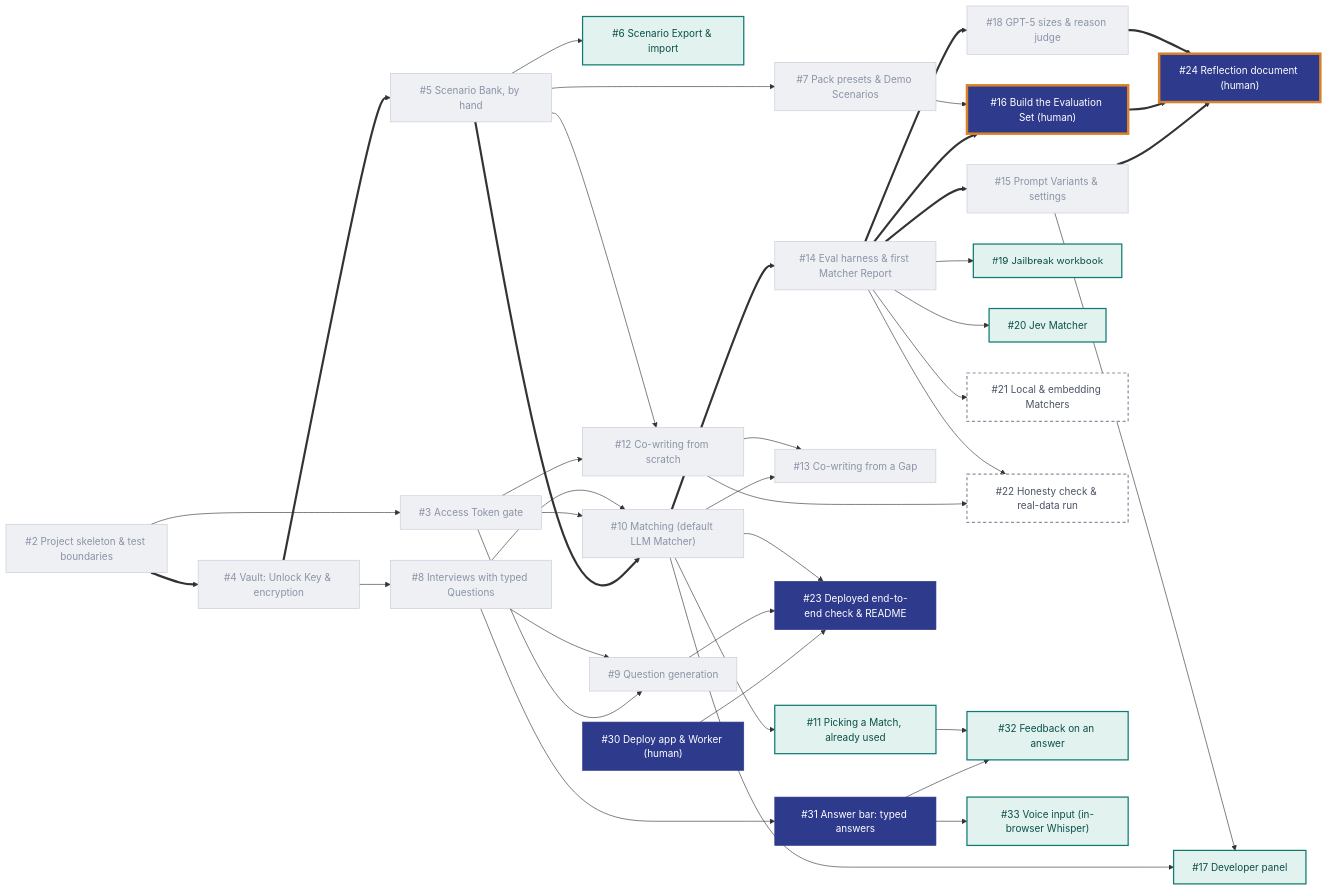
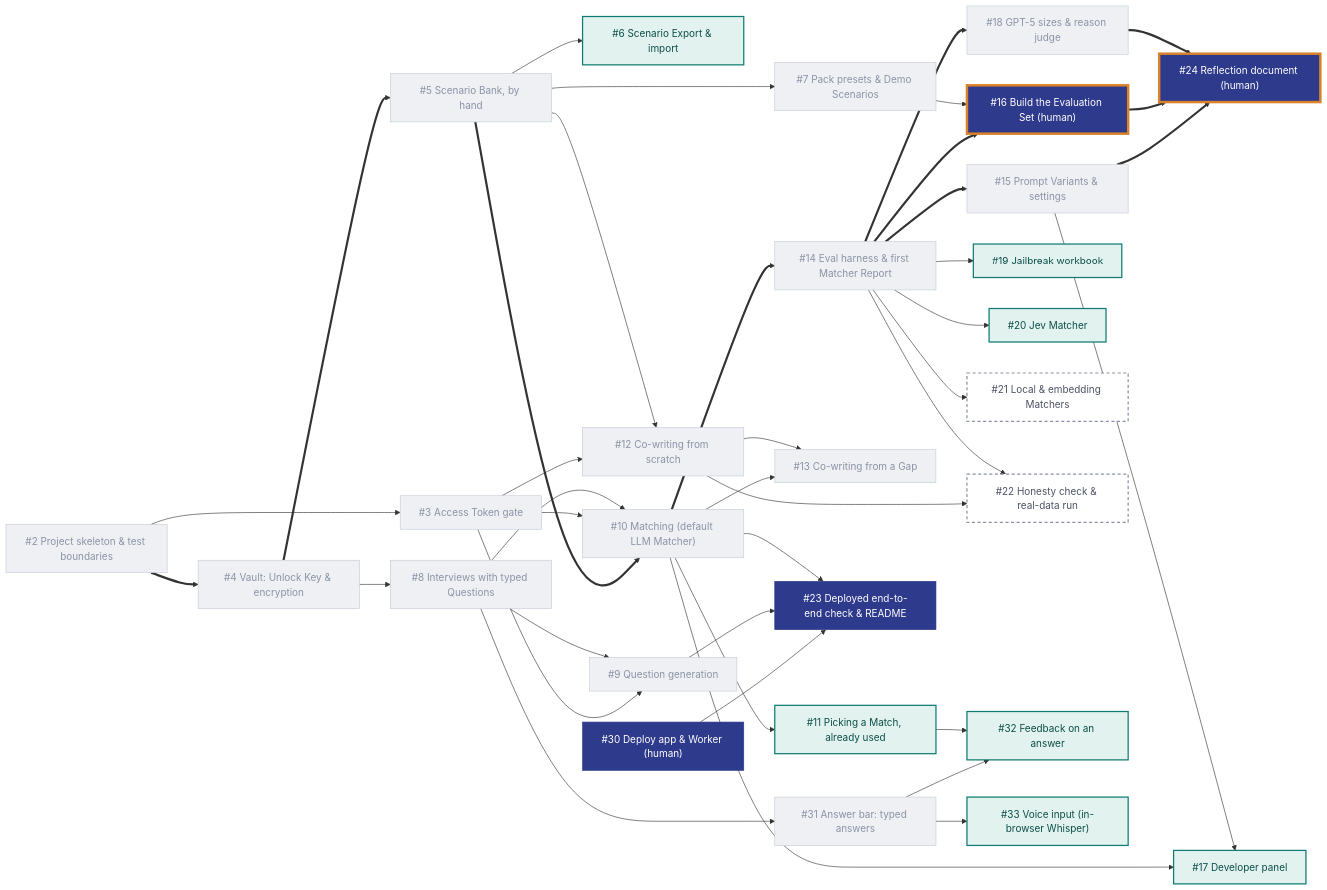
Before and after one commit to DerykHopley/interview-helper: the diagram in README.md, drawn with Mermaid. The commit also changed 9 other files, not shown here.

````diff
--- a/README.md
+++ b/README.md
@@ -13,63 +13,63 @@
 ```mermaid
 flowchart LR
   T2["#2 Project skeleton & test boundaries"]
   T3["#3 Access Token gate"]
   T4["#4 Vault: Unlock Key & encryption"]
   T5["#5 Scenario Bank, by hand"]
   T6["#6 Scenario Export & import"]
   T7["#7 Pack presets & Demo Scenarios"]
   T8["#8 Interviews with typed Questions"]
   T9["#9 Question generation"]
   T10["#10 Matching (default LLM Matcher)"]
   T11["#11 Picking a Match, already used"]
   T12["#12 Co-writing from scratch"]
   T13["#13 Co-writing from a Gap"]
   T14["#14 Eval harness & first Matcher Report"]
   T15["#15 Prompt Variants & settings"]
   T16["#16 Build the Evaluation Set (human)"]
   T17["#17 Developer panel"]
   T18["#18 GPT-5 sizes & reason judge"]
   T19["#19 Jailbreak workbook"]
   T20["#20 Jev Matcher"]
   T21["#21 Local & embedding Matchers"]
   T22["#22 Honesty check & real-data run"]
   T23["#23 Deployed end-to-end check & README"]
   T24["#24 Reflection document (human)"]
   T30["#30 Deploy app & Worker (human)"]
   T31["#31 Answer bar: typed answers"]
   T32["#32 Feedback on an answer"]
   T33["#33 Voice input (in-browser Whisper)"]
 
   %% critical path (thick arrows)
   T2 ==> T4 ==> T5 ==> T10 ==> T14
   T14 ==> T15 ==> T24
   T14 ==> T16 ==> T24
   T14 ==> T18 ==> T24
 
   %% other dependencies
   T2 --> T3
   T3 --> T9 & T10 & T12
   T4 --> T8
   T5 --> T6 & T7 & T12
   T8 --> T9 & T10 & T31
   T10 --> T11 & T13 & T17
   T12 --> T13 & T22
   T7 --> T16
   T14 --> T19 & T20 & T21 & T22
   T15 --> T17
   T31 --> T32 & T33
   T11 --> T32
   T30 & T9 & T10 --> T23
 
   classDef done fill:#EEF0F4,color:#8A93A6,stroke:#C5CAD6,stroke-width:1px
   classDef must fill:#2E3A8C,color:#fff,stroke:#2E3A8C
   classDef mustcrit fill:#2E3A8C,color:#fff,stroke:#D9822B,stroke-width:4px
   classDef should fill:#E2F2EF,color:#0B4F49,stroke:#0F7B72,stroke-width:2px
   classDef could fill:#fff,color:#4A5263,stroke:#8A93A6,stroke-width:2px,stroke-dasharray:5 4
 
-  class T2,T3,T4,T5,T7,T8,T9,T10,T12,T13,T14,T15,T18 done
+  class T2,T3,T4,T5,T7,T8,T9,T10,T12,T13,T14,T15,T18,T31 done
   class T16,T24 mustcrit
-  class T23,T30,T31 must
+  class T23,T30 must
   class T6,T11,T17,T19,T20,T32,T33 should
   class T21,T22 could
 ```
````
